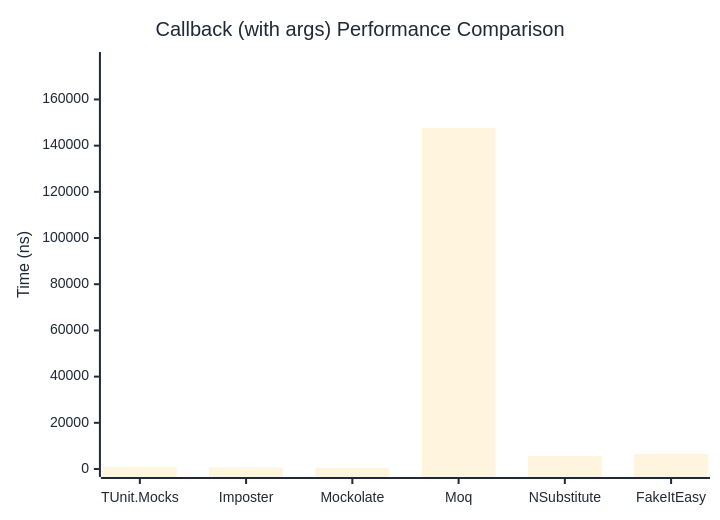
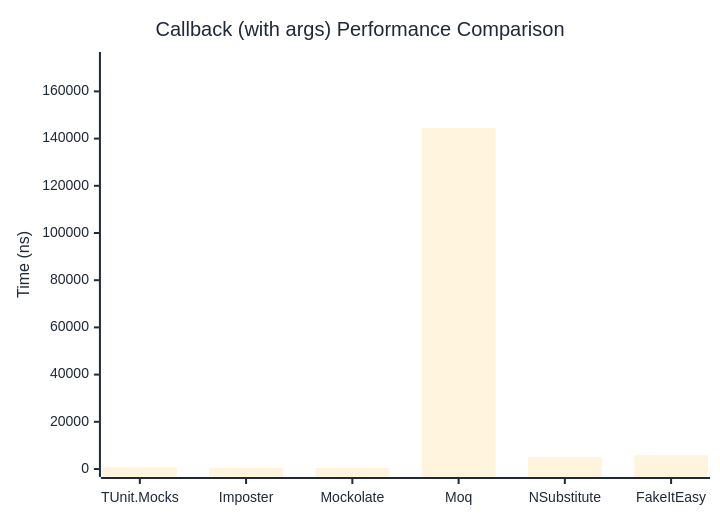
The second of 2 diagrams in docs/docs/benchmarks/mocks/Callback.md (thomhurst/TUnit), drawn with Mermaid before and after one commit. The commit also changed other lines of this file and 14 other files, not shown here.

````diff
--- a/docs/docs/benchmarks/mocks/Callback.md
+++ b/docs/docs/benchmarks/mocks/Callback.md
@@ -71,27 +71,27 @@
 ```mermaid
 %%{init: {
   'theme':'base',
   'themeVariables': {
     'primaryColor': '#2563eb',
     'primaryTextColor': '#1f2937',
     'primaryBorderColor': '#1e40af',
     'lineColor': '#6b7280',
     'secondaryColor': '#7c3aed',
     'tertiaryColor': '#dc2626',
     'background': '#ffffff',
     'pie1': '#2563eb',
     'pie2': '#7c3aed',
     'pie3': '#dc2626',
     'pie4': '#f59e0b',
     'pie5': '#10b981',
     'pie6': '#06b6d4',
     'pie7': '#ec4899',
     'pie8': '#6366f1'
   }
 }}%%
 xychart-beta
   title "Callback (with args) Performance Comparison"
   x-axis ["TUnit.Mocks", "Imposter", "Mockolate", "Moq", "NSubstitute", "FakeItEasy"]
-  y-axis "Time (ns)" 0 --> 177086
-  bar [951.1, 620.2, 497.2, 147571.5, 5532.4, 6488.5]
+  y-axis "Time (ns)" 0 --> 173305
+  bar [786.5, 538.6, 410.9, 144420.7, 5039.6, 5832.9]
 ```
````
